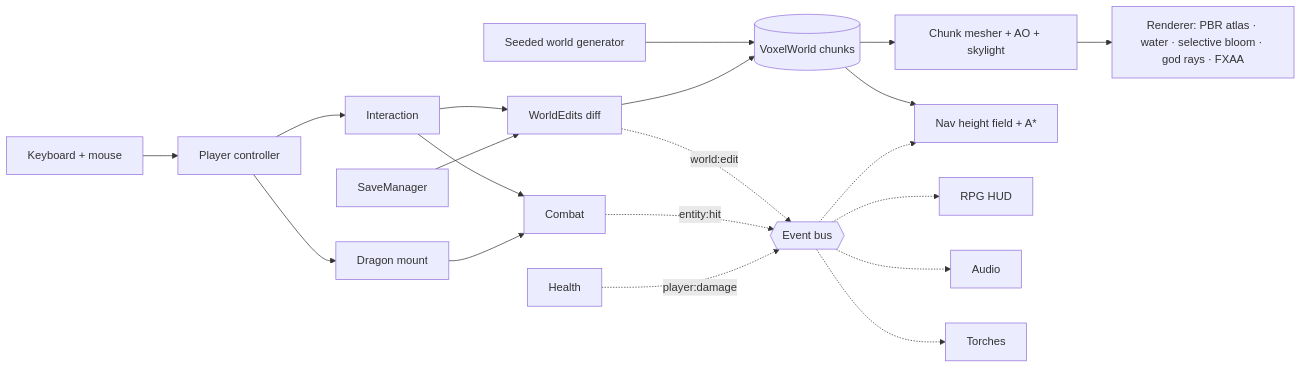
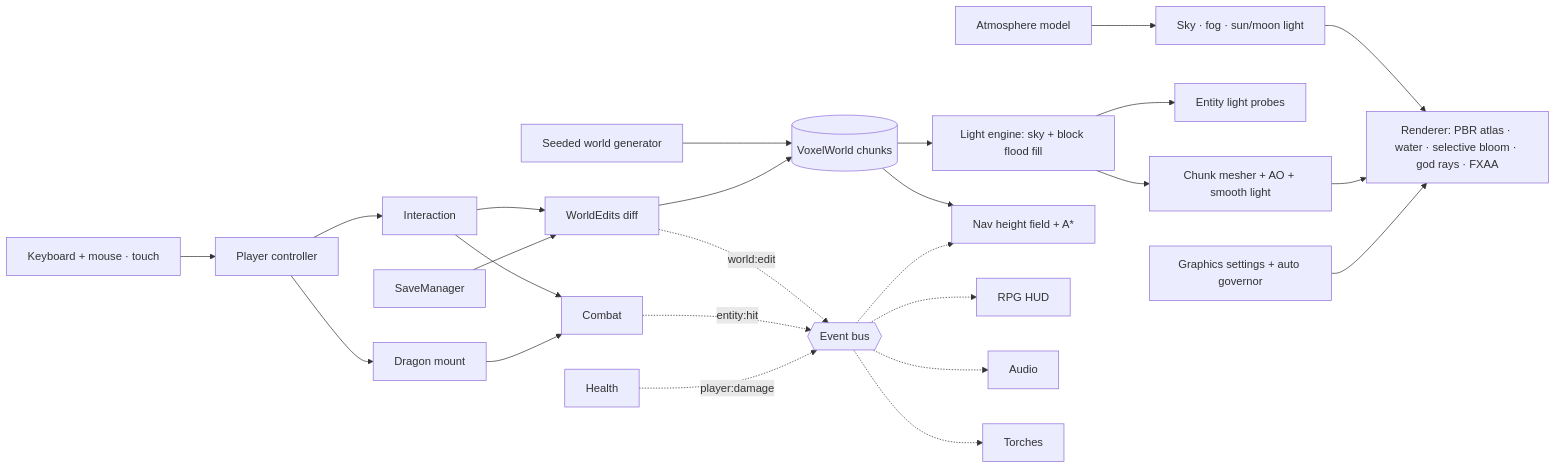
The diagram in README.md (a-side-project/jadeveil), drawn with Mermaid before and after one commit. The commit also changed other lines of this file and 30 other files, not shown here.

First line of the commit message:
Core experience: baked voxel lighting, physical sky, graphics tiers, touch, settings

````diff
--- a/README.md
+++ b/README.md
@@ -156,25 +207,30 @@
 ```mermaid
 flowchart LR
     GEN[Seeded world generator] --> WORLD[(VoxelWorld chunks)]
     EDITS[WorldEdits diff] --> WORLD
-    WORLD --> MESH[Chunk mesher + AO + skylight]
+    WORLD --> LIGHT[Light engine: sky + block flood fill]
+    LIGHT --> MESH[Chunk mesher + AO + smooth light]
+    LIGHT --> PROBE[Entity light probes]
+    ATMO[Atmosphere model] --> SKY[Sky · fog · sun/moon light]
+    SKY --> RENDER
     WORLD --> NAV[Nav height field + A*]
     MESH --> RENDER[Renderer: PBR atlas · water · selective bloom · god rays · FXAA]
 
-    INPUT[Keyboard + mouse] --> PLAYER[Player controller]
+    INPUT[Keyboard + mouse · touch] --> PLAYER[Player controller]
+    QUALITY[Graphics settings + auto governor] --> RENDER
     PLAYER --> MOUNT[Dragon mount]
     PLAYER --> INTERACT[Interaction]
     INTERACT --> EDITS
     INTERACT --> COMBAT[Combat]
     MOUNT --> COMBAT
 
     BUS{{Event bus}}
     EDITS -. world:edit .-> BUS
     COMBAT -. entity:hit .-> BUS
     HEALTH[Health] -. player:damage .-> BUS
     BUS -.-> HUD[RPG HUD]
     BUS -.-> AUDIO[Audio]
     BUS -.-> TORCH[Torches]
     BUS -.-> NAV
     SAVE[SaveManager] --> EDITS
 ```
````
